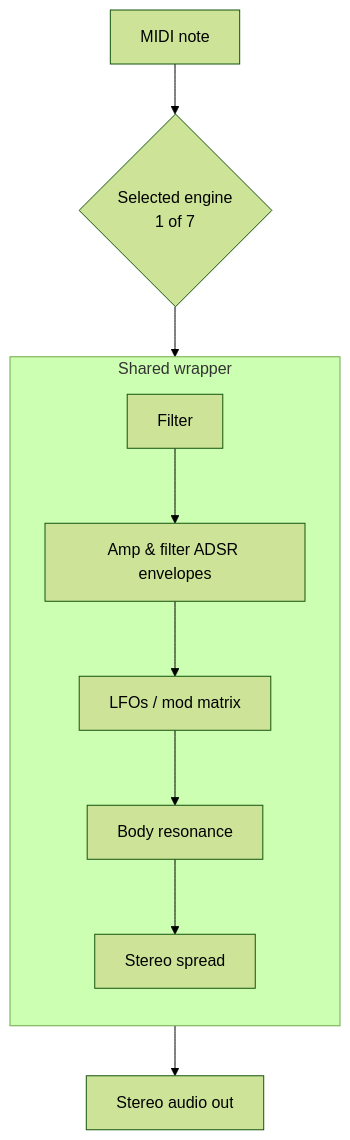
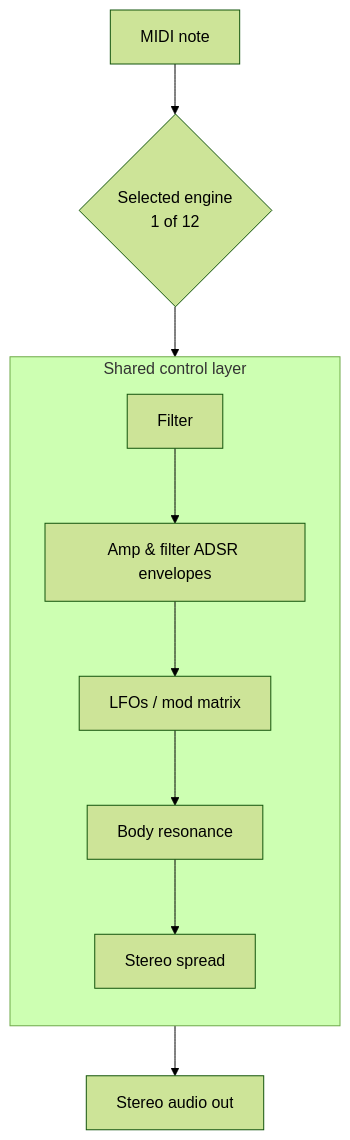
The diagram in src/docs/native-synth.md (libraz/libsonare-homepage), drawn with Mermaid (forest theme) before and after one commit. The commit also changed other lines of this file and 125 other files, not shown here.

````diff
--- a/src/docs/native-synth.md
+++ b/src/docs/native-synth.md
@@ -45,13 +57,13 @@
 ```mermaid
 flowchart TD
-  N[MIDI note] --> E{Selected engine<br/>1 of 7}
-  E --> W[Shared wrapper]
-  subgraph W [Shared wrapper]
+  N[MIDI note] --> E{Selected engine<br/>1 of 12}
+  E --> W[Shared control layer]
+  subgraph W [Shared control layer]
     direction TB
     F[Filter] --> A[Amp & filter ADSR envelopes]
     A --> L[LFOs / mod matrix]
     L --> B[Body resonance]
     B --> S[Stereo spread]
   end
   W --> O[Stereo audio out]
 ```
````
